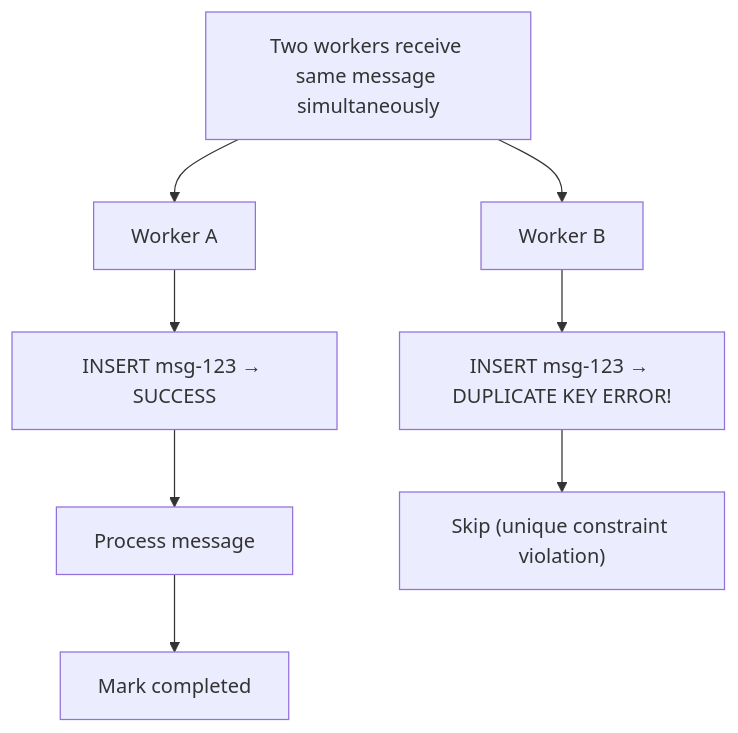
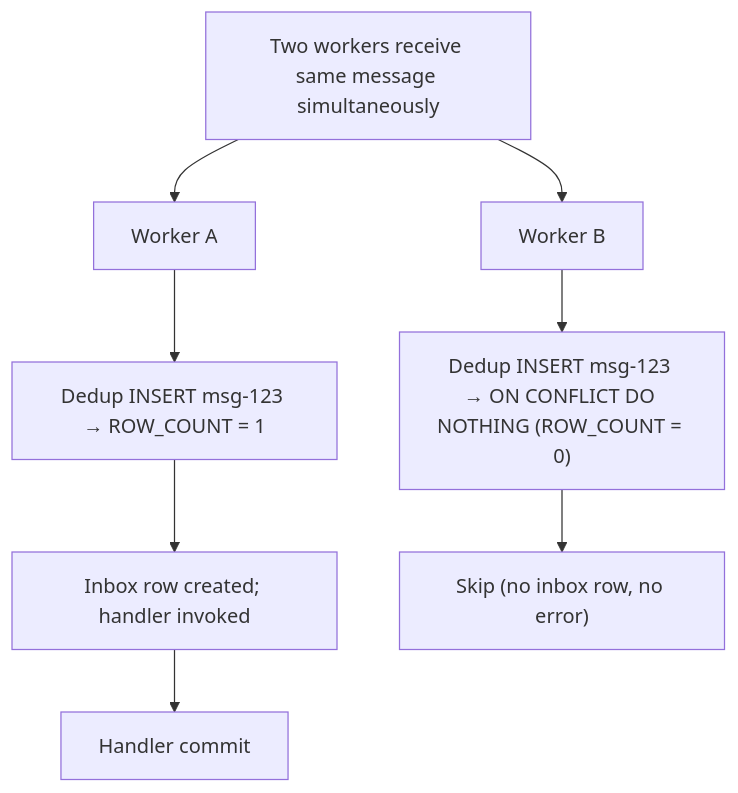
The third of 3 diagrams in src/assets/docs/v1.0.0/messaging/inbox-pattern.md (whizbang-lib/whizbang-lib.github.io), drawn with Mermaid before and after one commit. The commit also changed other lines of this file and 14 other files, not shown here.

````diff
--- a/src/assets/docs/v1.0.0/messaging/inbox-pattern.md
+++ b/src/assets/docs/v1.0.0/messaging/inbox-pattern.md
@@ -424,23 +269,23 @@
 ```mermaid
 flowchart TD
     Start["Two workers receive same message simultaneously"]
     WA["Worker A"]
     WB["Worker B"]
-    IA["INSERT msg-123 → SUCCESS"]
-    IB["INSERT msg-123 → DUPLICATE KEY ERROR!"]
-    PA["Process message"]
-    SB["Skip (unique constraint violation)"]
-    MC["Mark completed"]
+    IA["Dedup INSERT msg-123 → ROW_COUNT = 1"]
+    IB["Dedup INSERT msg-123 → ON CONFLICT DO NOTHING (ROW_COUNT = 0)"]
+    PA["Inbox row created; handler invoked"]
+    SB["Skip (no inbox row, no error)"]
+    MC["Handler commit"]
 
     Start --> WA
     Start --> WB
     WA --> IA
     IA --> PA
     PA --> MC
     WB --> IB
     IB --> SB
 
     class WA,WB layer-command
     class IA,IB layer-event
     class PA,MC layer-core
 ```
````
